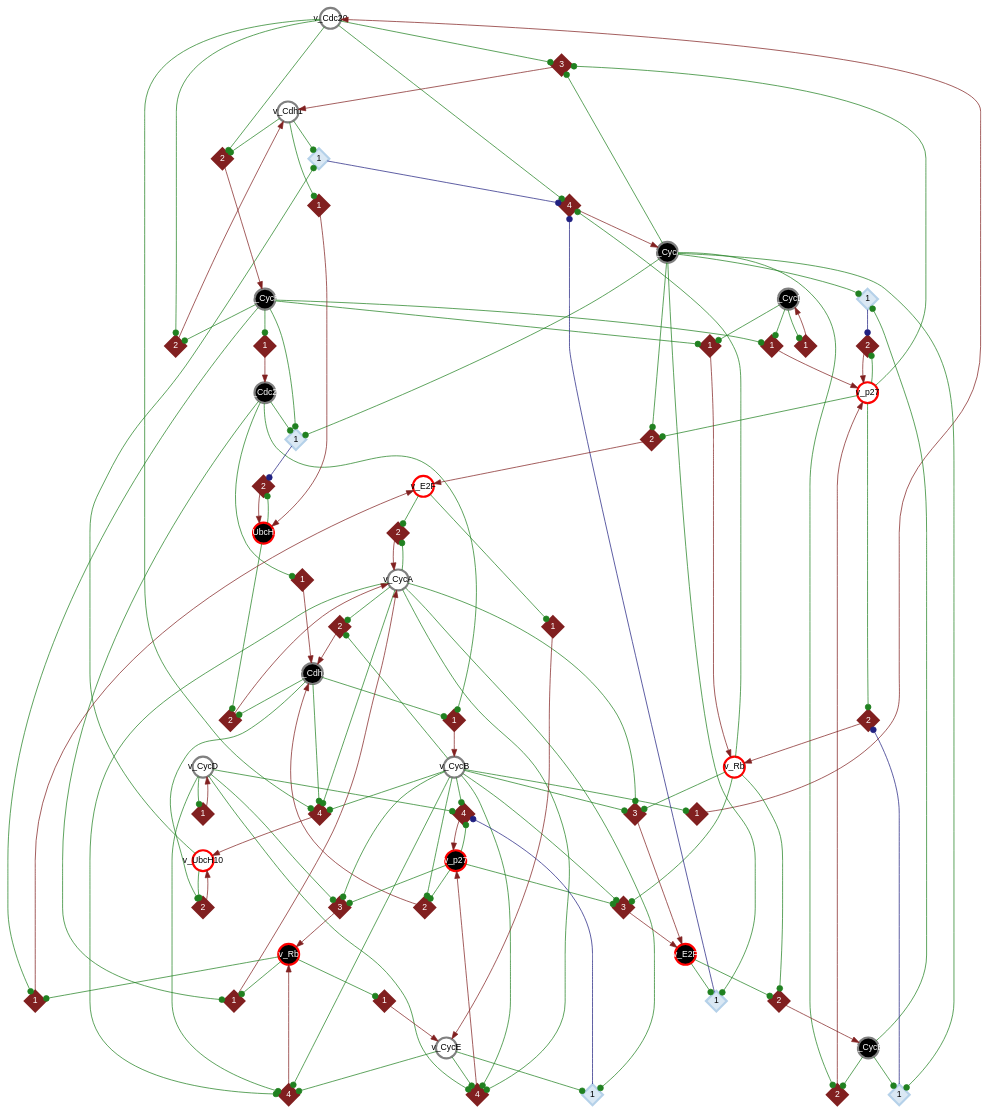
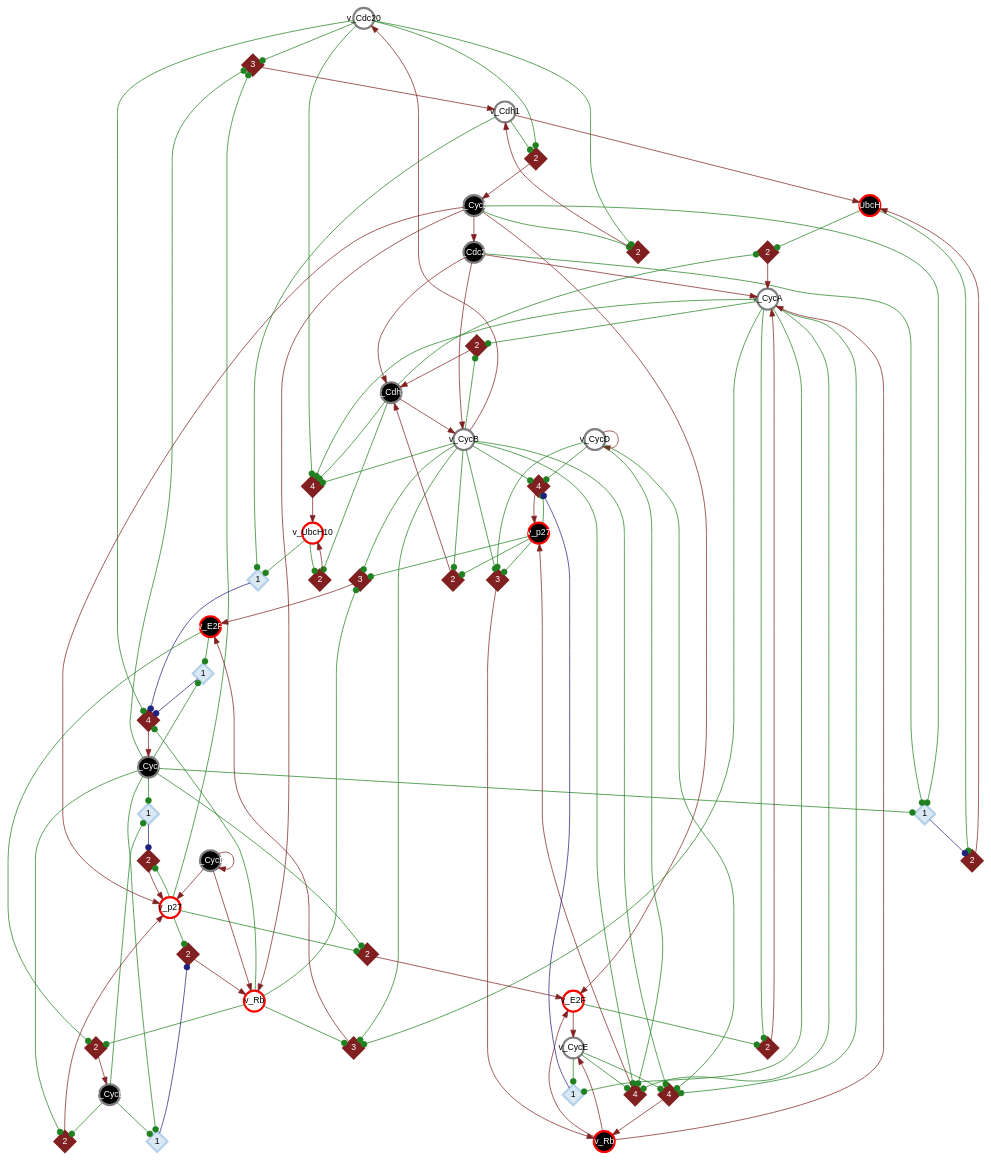
One commit to CASCI-lab/CANA changed the diagram in dev/logs/dcm_bbm_figures/023__MAMMALIAN-CELL-CYCLE-2006/canonical_simplify.gv. Above: the diagram before and after it, drawn with Graphviz. The commit also changed 5 other files, not shown here.

```diff
--- a/dev/logs/dcm_bbm_figures/023__MAMMALIAN-CELL-CYCLE-2006/canonical_simplify.gv
+++ b/dev/logs/dcm_bbm_figures/023__MAMMALIAN-CELL-CYCLE-2006/canonical_simplify.gv
@@ -4,9 +4,7 @@
 	edge [arrowhead=dot arrowsize=1 color=gray]
 	"var-0-out-0" [label=v_Cdc20 color=gray fillcolor=white fontcolor=black]
 	"var-0-out-1" [label=v_Cdc20 color=gray fillcolor=black fontcolor=white]
-	"thr-0-var-0-out-0" [label=1 color="#812020" fillcolor="#812020" fontcolor=white height=.4 shape=diamond style="filled,solid" width=.4]
 	"var-3-out-0" [label=v_CycB color=gray fillcolor=white fontcolor=black]
-	"thr-1-var-0-out-1" [label=1 color="#812020" fillcolor="#812020" fontcolor=white height=.4 shape=diamond style="filled,solid" width=.4]
 	"var-3-out-1" [label=v_CycB color=gray fillcolor=black fontcolor=white]
 	"var-1-out-0" [label=v_Cdh1 color=gray fillcolor=white fontcolor=black]
 	"var-1-out-1" [label=v_Cdh1 color=gray fillcolor=black fontcolor=white]
@@ -14,12 +12,10 @@
 	"var-2-out-1" [label=v_CycA color=gray fillcolor=black fontcolor=white]
 	"var-9-out-0" [label=v_p27 color=red fillcolor=white fontcolor=black]
 	"thr-1-var-1-out-0" [label=2 color="#812020" fillcolor="#812020" fontcolor=white height=.4 shape=diamond style="filled,solid" width=.4]
-	"thr-2-var-1-out-1" [label=1 color="#812020" fillcolor="#812020" fontcolor=white height=.4 shape=diamond style="filled,solid" width=.4]
 	"thr-3-var-1-out-1" [label=2 color="#812020" fillcolor="#812020" fontcolor=white height=.4 shape=diamond style="filled,solid" width=.4]
 	"var-2-out-0" [label=v_CycA color=gray fillcolor=white fontcolor=black]
 	"thr-4-var-1-out-1" [label=2 color="#812020" fillcolor="#812020" fontcolor=white height=.4 shape=diamond style="filled,solid" width=.4]
 	"var-9-out-1" [label=v_p27 color=red fillcolor=black fontcolor=white]
-	"thr-0-var-2-out-0" [label=1 color="#812020" fillcolor="#812020" fontcolor=white height=.4 shape=diamond style="filled,solid" width=.4]
 	"var-7-out-1" [label=v_Rb color=red fillcolor=black fontcolor=white]
 	"thr-1-var-2-out-0" [label=2 color="#812020" fillcolor="#812020" fontcolor=white height=.4 shape=diamond style="filled,solid" width=.4]
 	"var-8-out-1" [label=v_UbcH10 color=red fillcolor=black fontcolor=white]
@@ -31,35 +27,26 @@
 	"var-8-out-0" [label=v_UbcH10 color=red fillcolor=white fontcolor=black]
 	"thr-3-grp-1-sym-var-2-out-1" [label=1 color="#b5d1e9" fillcolor="#dae8f4" fontcolor=black height=.4 shape=diamond style="filled,solid" width=.4]
 	"var-6-out-1" [label=v_E2F color=red fillcolor=black fontcolor=white]
-	"thr-0-var-3-out-0" [label=1 color="#812020" fillcolor="#812020" fontcolor=white height=.4 shape=diamond style="filled,solid" width=.4]
 	"thr-1-var-3-out-1" [label=2 color="#812020" fillcolor="#812020" fontcolor=white height=.4 shape=diamond style="filled,solid" width=.4]
 	"var-4-out-0" [label=v_CycD color=gray fillcolor=white fontcolor=black]
 	"var-4-out-1" [label=v_CycD color=gray fillcolor=black fontcolor=white]
-	"thr-0-var-4-out-0" [label=1 color="#812020" fillcolor="#812020" fontcolor=white height=.4 shape=diamond style="filled,solid" width=.4]
-	"thr-1-var-4-out-1" [label=1 color="#812020" fillcolor="#812020" fontcolor=white height=.4 shape=diamond style="filled,solid" width=.4]
 	"var-5-out-0" [label=v_CycE color=gray fillcolor=white fontcolor=black]
 	"var-5-out-1" [label=v_CycE color=gray fillcolor=black fontcolor=white]
-	"thr-0-var-5-out-0" [label=1 color="#812020" fillcolor="#812020" fontcolor=white height=.4 shape=diamond style="filled,solid" width=.4]
-	"thr-1-var-5-out-0" [label=1 color="#812020" fillcolor="#812020" fontcolor=white height=.4 shape=diamond style="filled,solid" width=.4]
 	"thr-2-var-5-out-1" [label=2 color="#812020" fillcolor="#812020" fontcolor=white height=.4 shape=diamond style="filled,solid" width=.4]
 	"thr-0-var-6-out-0" [label=2 color="#812020" fillcolor="#812020" fontcolor=white height=.4 shape=diamond style="filled,solid" width=.4]
-	"thr-1-var-6-out-0" [label=1 color="#812020" fillcolor="#812020" fontcolor=white height=.4 shape=diamond style="filled,solid" width=.4]
 	"thr-2-var-6-out-1" [label=3 color="#812020" fillcolor="#812020" fontcolor=white height=.4 shape=diamond style="filled,solid" width=.4]
 	"thr-3-var-6-out-1" [label=3 color="#812020" fillcolor="#812020" fontcolor=white height=.4 shape=diamond style="filled,solid" width=.4]
 	"thr-0-var-7-out-0" [label=2 color="#812020" fillcolor="#812020" fontcolor=white height=.4 shape=diamond style="filled,solid" width=.4]
 	"thr-0-grp-0-sym-var-7-out-0" [label=1 color="#b5d1e9" fillcolor="#dae8f4" fontcolor=black height=.4 shape=diamond style="filled,solid" width=.4]
-	"thr-1-var-7-out-0" [label=1 color="#812020" fillcolor="#812020" fontcolor=white height=.4 shape=diamond style="filled,solid" width=.4]
 	"thr-2-var-7-out-1" [label=4 color="#812020" fillcolor="#812020" fontcolor=white height=.4 shape=diamond style="filled,solid" width=.4]
 	"thr-3-var-7-out-1" [label=3 color="#812020" fillcolor="#812020" fontcolor=white height=.4 shape=diamond style="filled,solid" width=.4]
 	"thr-0-var-8-out-0" [label=4 color="#812020" fillcolor="#812020" fontcolor=white height=.4 shape=diamond style="filled,solid" width=.4]
 	"thr-1-var-8-out-0" [label=2 color="#812020" fillcolor="#812020" fontcolor=white height=.4 shape=diamond style="filled,solid" width=.4]
 	"thr-2-var-8-out-1" [label=2 color="#812020" fillcolor="#812020" fontcolor=white height=.4 shape=diamond style="filled,solid" width=.4]
 	"thr-2-grp-0-sym-var-8-out-1" [label=1 color="#b5d1e9" fillcolor="#dae8f4" fontcolor=black height=.4 shape=diamond style="filled,solid" width=.4]
-	"thr-3-var-8-out-1" [label=1 color="#812020" fillcolor="#812020" fontcolor=white height=.4 shape=diamond style="filled,solid" width=.4]
 	"thr-0-var-9-out-0" [label=2 color="#812020" fillcolor="#812020" fontcolor=white height=.4 shape=diamond style="filled,solid" width=.4]
 	"thr-1-var-9-out-0" [label=2 color="#812020" fillcolor="#812020" fontcolor=white height=.4 shape=diamond style="filled,solid" width=.4]
 	"thr-1-grp-0-sym-var-9-out-0" [label=1 color="#b5d1e9" fillcolor="#dae8f4" fontcolor=black height=.4 shape=diamond style="filled,solid" width=.4]
-	"thr-2-var-9-out-0" [label=1 color="#812020" fillcolor="#812020" fontcolor=white height=.4 shape=diamond style="filled,solid" width=.4]
 	"thr-3-var-9-out-1" [label=4 color="#812020" fillcolor="#812020" fontcolor=white height=.4 shape=diamond style="filled,solid" width=.4]
 	"thr-4-var-9-out-1" [label=4 color="#812020" fillcolor="#812020" fontcolor=white height=.4 shape=diamond style="filled,solid" width=.4]
 	"thr-4-grp-0-sym-var-9-out-1" [label=1 color="#b5d1e9" fillcolor="#dae8f4" fontcolor=black height=.4 shape=diamond style="filled,solid" width=.4]
@@ -68,12 +55,10 @@
 	"var-0-out-0" -> "thr-3-var-2-out-1" [arrowhead=dot color="#208120"]
 	"var-0-out-0" -> "thr-1-var-3-out-1" [arrowhead=dot color="#208120"]
 	"var-0-out-0" -> "thr-0-var-8-out-0" [arrowhead=dot color="#208120"]
-	"var-0-out-1" -> "thr-2-var-1-out-1" [arrowhead=dot color="#208120"]
-	"var-0-out-1" -> "thr-0-var-2-out-0" [arrowhead=dot color="#208120"]
-	"var-0-out-1" -> "thr-0-var-3-out-0" [arrowhead=dot color="#208120"]
 	"var-0-out-1" -> "thr-2-grp-0-sym-var-8-out-1" [arrowhead=dot color="#208120"]
-	"thr-0-var-0-out-0" -> "var-0-out-0" [arrowhead=normal color="#812020"]
-	"var-3-out-0" -> "thr-0-var-0-out-0" [arrowhead=dot color="#208120"]
+	"var-0-out-1" -> "var-1-out-1" [arrowhead=normal color="#812020"]
+	"var-0-out-1" -> "var-2-out-0" [arrowhead=normal color="#812020"]
+	"var-0-out-1" -> "var-3-out-0" [arrowhead=normal color="#812020"]
 	"var-3-out-0" -> "thr-3-var-1-out-1" [arrowhead=dot color="#208120"]
 	"var-3-out-0" -> "thr-4-var-1-out-1" [arrowhead=dot color="#208120"]
 	"var-3-out-0" -> "thr-2-var-6-out-1" [arrowhead=dot color="#208120"]
@@ -83,20 +68,20 @@
 	"var-3-out-0" -> "thr-0-var-8-out-0" [arrowhead=dot color="#208120"]
 	"var-3-out-0" -> "thr-3-var-9-out-1" [arrowhead=dot color="#208120"]
 	"var-3-out-0" -> "thr-4-var-9-out-1" [arrowhead=dot color="#208120"]
-	"thr-1-var-0-out-1" -> "var-0-out-1" [arrowhead=normal color="#812020"]
-	"var-3-out-1" -> "thr-1-var-0-out-1" [arrowhead=dot color="#208120"]
+	"var-3-out-0" -> "var-0-out-0" [arrowhead=normal color="#812020"]
 	"var-3-out-1" -> "thr-1-var-1-out-0" [arrowhead=dot color="#208120"]
-	"var-3-out-1" -> "thr-1-var-6-out-0" [arrowhead=dot color="#208120"]
-	"var-3-out-1" -> "thr-1-var-7-out-0" [arrowhead=dot color="#208120"]
 	"var-3-out-1" -> "thr-2-grp-0-sym-var-8-out-1" [arrowhead=dot color="#208120"]
-	"var-3-out-1" -> "thr-2-var-9-out-0" [arrowhead=dot color="#208120"]
+	"var-3-out-1" -> "var-0-out-1" [arrowhead=normal color="#812020"]
+	"var-3-out-1" -> "var-6-out-0" [arrowhead=normal color="#812020"]
+	"var-3-out-1" -> "var-7-out-0" [arrowhead=normal color="#812020"]
+	"var-3-out-1" -> "var-9-out-0" [arrowhead=normal color="#812020"]
 	"var-1-out-0" -> "thr-1-var-3-out-1" [arrowhead=dot color="#208120"]
-	"var-1-out-0" -> "thr-3-var-8-out-1" [arrowhead=dot color="#208120"]
 	"var-1-out-0" -> "thr-3-grp-0-sym-var-2-out-1" [arrowhead=dot color="#208120"]
+	"var-1-out-0" -> "var-8-out-1" [arrowhead=normal color="#812020"]
 	"var-1-out-1" -> "thr-1-var-2-out-0" [arrowhead=dot color="#208120"]
 	"var-1-out-1" -> "thr-0-var-8-out-0" [arrowhead=dot color="#208120"]
 	"var-1-out-1" -> "thr-1-var-8-out-0" [arrowhead=dot color="#208120"]
-	"var-1-out-1" -> "thr-0-var-3-out-0" [arrowhead=dot color="#208120"]
+	"var-1-out-1" -> "var-3-out-0" [arrowhead=normal color="#812020"]
 	"thr-0-var-1-out-0" -> "var-1-out-0" [arrowhead=normal color="#812020"]
 	"var-2-out-1" -> "thr-0-var-1-out-0" [arrowhead=dot color="#208120"]
 	"var-2-out-1" -> "thr-0-var-6-out-0" [arrowhead=dot color="#208120"]
@@ -110,7 +95,6 @@
 	"var-9-out-0" -> "thr-0-var-7-out-0" [arrowhead=dot color="#208120"]
 	"var-9-out-0" -> "thr-1-var-9-out-0" [arrowhead=dot color="#208120"]
 	"thr-1-var-1-out-0" -> "var-1-out-0" [arrowhead=normal color="#812020"]
-	"thr-2-var-1-out-1" -> "var-1-out-1" [arrowhead=normal color="#812020"]
 	"thr-3-var-1-out-1" -> "var-1-out-1" [arrowhead=normal color="#812020"]
 	"var-2-out-0" -> "thr-3-var-1-out-1" [arrowhead=dot color="#208120"]
 	"var-2-out-0" -> "thr-2-var-2-out-0" [arrowhead=dot color="#208120"]
@@ -124,16 +108,15 @@
 	"var-9-out-1" -> "thr-3-var-6-out-1" [arrowhead=dot color="#208120"]
 	"var-9-out-1" -> "thr-3-var-7-out-1" [arrowhead=dot color="#208120"]
 	"var-9-out-1" -> "thr-4-var-9-out-1" [arrowhead=dot color="#208120"]
-	"thr-0-var-2-out-0" -> "var-2-out-0" [arrowhead=normal color="#812020"]
-	"var-7-out-1" -> "thr-1-var-5-out-0" [arrowhead=dot color="#208120"]
-	"var-7-out-1" -> "thr-0-var-2-out-0" [arrowhead=dot color="#208120"]
-	"var-7-out-1" -> "thr-1-var-6-out-0" [arrowhead=dot color="#208120"]
+	"var-7-out-1" -> "var-2-out-0" [arrowhead=normal color="#812020"]
+	"var-7-out-1" -> "var-5-out-0" [arrowhead=normal color="#812020"]
+	"var-7-out-1" -> "var-6-out-0" [arrowhead=normal color="#812020"]
 	"thr-1-var-2-out-0" -> "var-2-out-0" [arrowhead=normal color="#812020"]
 	"var-8-out-1" -> "thr-1-var-2-out-0" [arrowhead=dot color="#208120"]
 	"var-8-out-1" -> "thr-2-var-8-out-1" [arrowhead=dot color="#208120"]
 	"thr-2-var-2-out-0" -> "var-2-out-0" [arrowhead=normal color="#812020"]
 	"var-6-out-0" -> "thr-2-var-2-out-0" [arrowhead=dot color="#208120"]
-	"var-6-out-0" -> "thr-0-var-5-out-0" [arrowhead=dot color="#208120"]
+	"var-6-out-0" -> "var-5-out-0" [arrowhead=normal color="#812020"]
 	"thr-3-var-2-out-1" -> "var-2-out-1" [arrowhead=normal color="#812020"]
 	"var-7-out-0" -> "thr-3-var-2-out-1" [arrowhead=dot color="#208120"]
 	"var-7-out-0" -> "thr-2-var-5-out-1" [arrowhead=dot color="#208120"]
@@ -145,45 +128,36 @@
 	"thr-3-grp-1-sym-var-2-out-1" -> "thr-3-var-2-out-1" [arrowhead=dot color="#202081"]
 	"var-6-out-1" -> "thr-2-var-5-out-1" [arrowhead=dot color="#208120"]
 	"var-6-out-1" -> "thr-3-grp-1-sym-var-2-out-1" [arrowhead=dot color="#208120"]
-	"thr-0-var-3-out-0" -> "var-3-out-0" [arrowhead=normal color="#812020"]
 	"thr-1-var-3-out-1" -> "var-3-out-1" [arrowhead=normal color="#812020"]
-	"var-4-out-0" -> "thr-0-var-4-out-0" [arrowhead=dot color="#208120"]
 	"var-4-out-0" -> "thr-2-var-7-out-1" [arrowhead=dot color="#208120"]
 	"var-4-out-0" -> "thr-3-var-7-out-1" [arrowhead=dot color="#208120"]
 	"var-4-out-0" -> "thr-3-var-9-out-1" [arrowhead=dot color="#208120"]
 	"var-4-out-0" -> "thr-4-var-9-out-1" [arrowhead=dot color="#208120"]
-	"var-4-out-1" -> "thr-1-var-4-out-1" [arrowhead=dot color="#208120"]
-	"var-4-out-1" -> "thr-1-var-7-out-0" [arrowhead=dot color="#208120"]
-	"var-4-out-1" -> "thr-2-var-9-out-0" [arrowhead=dot color="#208120"]
-	"thr-0-var-4-out-0" -> "var-4-out-0" [arrowhead=normal color="#812020"]
-	"thr-1-var-4-out-1" -> "var-4-out-1" [arrowhead=normal color="#812020"]
+	"var-4-out-0" -> "var-4-out-0" [arrowhead=normal color="#812020"]
+	"var-4-out-1" -> "var-4-out-1" [arrowhead=normal color="#812020"]
+	"var-4-out-1" -> "var-7-out-0" [arrowhead=normal color="#812020"]
+	"var-4-out-1" -> "var-9-out-0" [arrowhead=normal color="#812020"]
 	"var-5-out-0" -> "thr-2-var-7-out-1" [arrowhead=dot color="#208120"]
 	"var-5-out-0" -> "thr-3-var-9-out-1" [arrowhead=dot color="#208120"]
 	"var-5-out-0" -> "thr-4-grp-0-sym-var-9-out-1" [arrowhead=dot color="#208120"]
 	"var-5-out-1" -> "thr-0-var-9-out-0" [arrowhead=dot color="#208120"]
 	"var-5-out-1" -> "thr-0-grp-0-sym-var-7-out-0" [arrowhead=dot color="#208120"]
 	"var-5-out-1" -> "thr-1-grp-0-sym-var-9-out-0" [arrowhead=dot color="#208120"]
-	"thr-0-var-5-out-0" -> "var-5-out-0" [arrowhead=normal color="#812020"]
-	"thr-1-var-5-out-0" -> "var-5-out-0" [arrowhead=normal color="#812020"]
 	"thr-2-var-5-out-1" -> "var-5-out-1" [arrowhead=normal color="#812020"]
 	"thr-0-var-6-out-0" -> "var-6-out-0" [arrowhead=normal color="#812020"]
-	"thr-1-var-6-out-0" -> "var-6-out-0" [arrowhead=normal color="#812020"]
 	"thr-2-var-6-out-1" -> "var-6-out-1" [arrowhead=normal color="#812020"]
 	"thr-3-var-6-out-1" -> "var-6-out-1" [arrowhead=normal color="#812020"]
 	"thr-0-var-7-out-0" -> "var-7-out-0" [arrowhead=normal color="#812020"]
 	"thr-0-grp-0-sym-var-7-out-0" -> "thr-0-var-7-out-0" [arrowhead=dot color="#202081"]
-	"thr-1-var-7-out-0" -> "var-7-out-0" [arrowhead=normal color="#812020"]
 	"thr-2-var-7-out-1" -> "var-7-out-1" [arrowhead=normal color="#812020"]
 	"thr-3-var-7-out-1" -> "var-7-out-1" [arrowhead=normal color="#812020"]
 	"thr-0-var-8-out-0" -> "var-8-out-0" [arrowhead=normal color="#812020"]
 	"thr-1-var-8-out-0" -> "var-8-out-0" [arrowhead=normal color="#812020"]
 	"thr-2-var-8-out-1" -> "var-8-out-1" [arrowhead=normal color="#812020"]
 	"thr-2-grp-0-sym-var-8-out-1" -> "thr-2-var-8-out-1" [arrowhead=dot color="#202081"]
-	"thr-3-var-8-out-1" -> "var-8-out-1" [arrowhead=normal color="#812020"]
 	"thr-0-var-9-out-0" -> "var-9-out-0" [arrowhead=normal color="#812020"]
 	"thr-1-var-9-out-0" -> "var-9-out-0" [arrowhead=normal color="#812020"]
 	"thr-1-grp-0-sym-var-9-out-0" -> "thr-1-var-9-out-0" [arrowhead=dot color="#202081"]
-	"thr-2-var-9-out-0" -> "var-9-out-0" [arrowhead=normal color="#812020"]
 	"thr-3-var-9-out-1" -> "var-9-out-1" [arrowhead=normal color="#812020"]
 	"thr-4-var-9-out-1" -> "var-9-out-1" [arrowhead=normal color="#812020"]
 	"thr-4-grp-0-sym-var-9-out-1" -> "thr-4-var-9-out-1" [arrowhead=dot color="#202081"]
```
